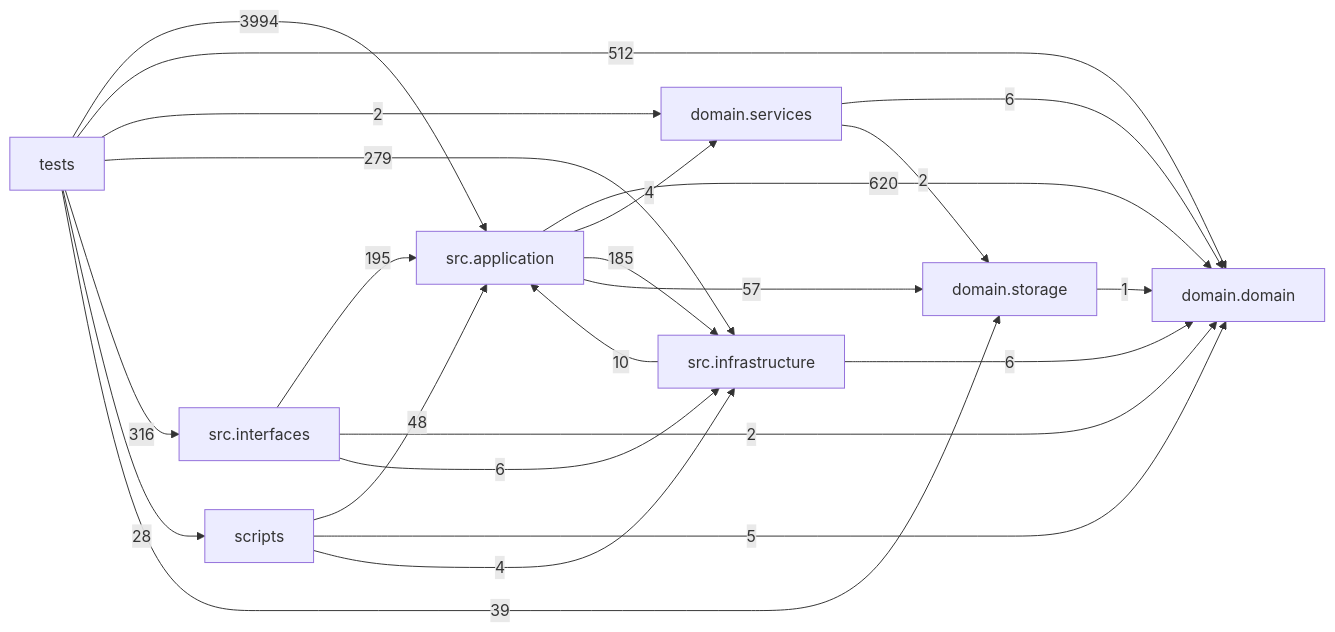
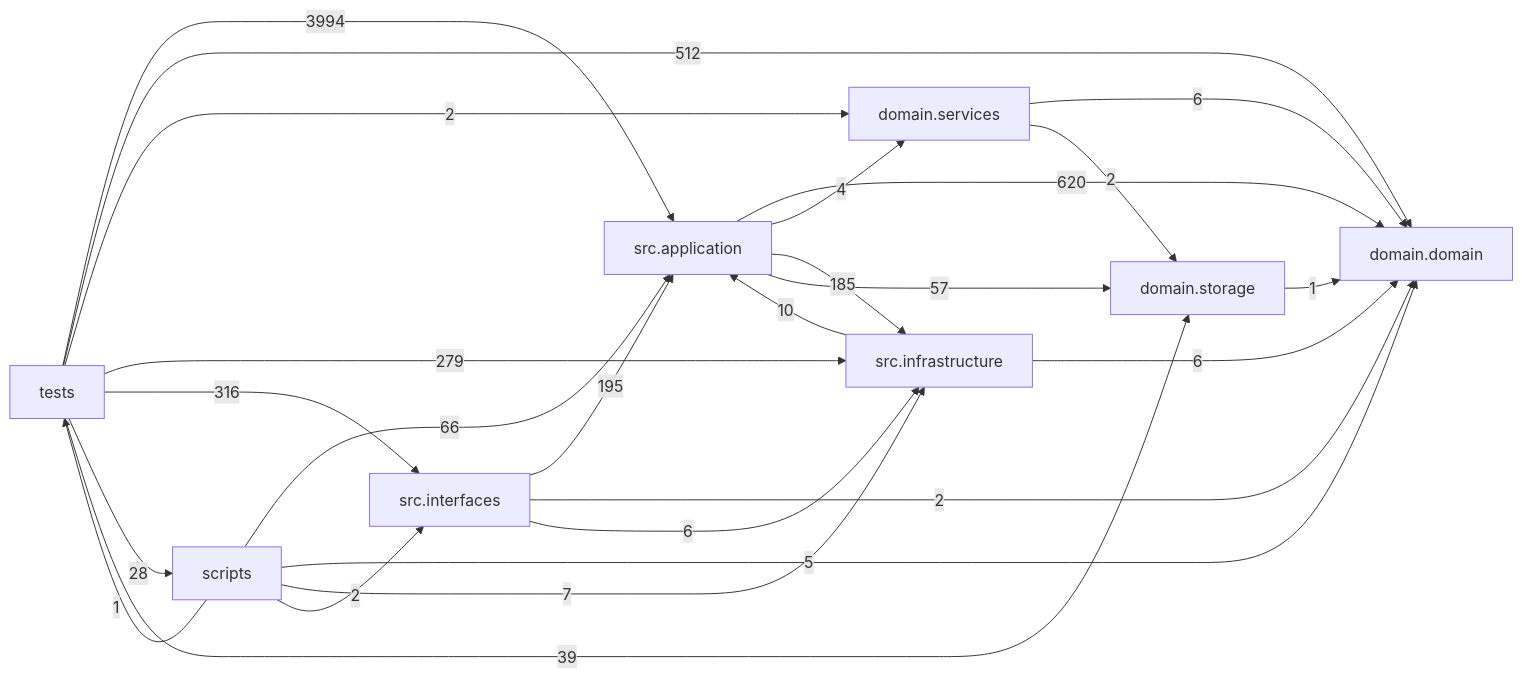
The diagram in docs/DEPENDENCY_GRAPH.md (liuxie066/options-monitor), drawn with Mermaid before and after one commit. The commit also changed other lines of this file and 5 other files, not shown here.

````diff
--- a/docs/DEPENDENCY_GRAPH.md
+++ b/docs/DEPENDENCY_GRAPH.md
@@ -24,33 +24,35 @@
 ```mermaid
 flowchart LR
   tests["tests"]
   scripts["scripts"]
   interfaces["src.interfaces"]
   application["src.application"]
   infrastructure["src.infrastructure"]
   domain_services["domain.services"]
   domain["domain.domain"]
   storage["domain.storage"]
   application -->|620| domain
   application -->|4| domain_services
   application -->|185| infrastructure
   application -->|57| storage
   domain_services -->|6| domain
   domain_services -->|2| storage
   infrastructure -->|10| application
   infrastructure -->|6| domain
   interfaces -->|195| application
   interfaces -->|2| domain
   interfaces -->|6| infrastructure
-  scripts -->|48| application
+  scripts -->|66| application
   scripts -->|5| domain
-  scripts -->|4| infrastructure
+  scripts -->|7| infrastructure
+  scripts -->|2| interfaces
+  scripts -->|1| tests
   storage -->|1| domain
   tests -->|3994| application
   tests -->|512| domain
   tests -->|2| domain_services
   tests -->|279| infrastructure
   tests -->|316| interfaces
   tests -->|28| scripts
   tests -->|39| storage
 ```
````
